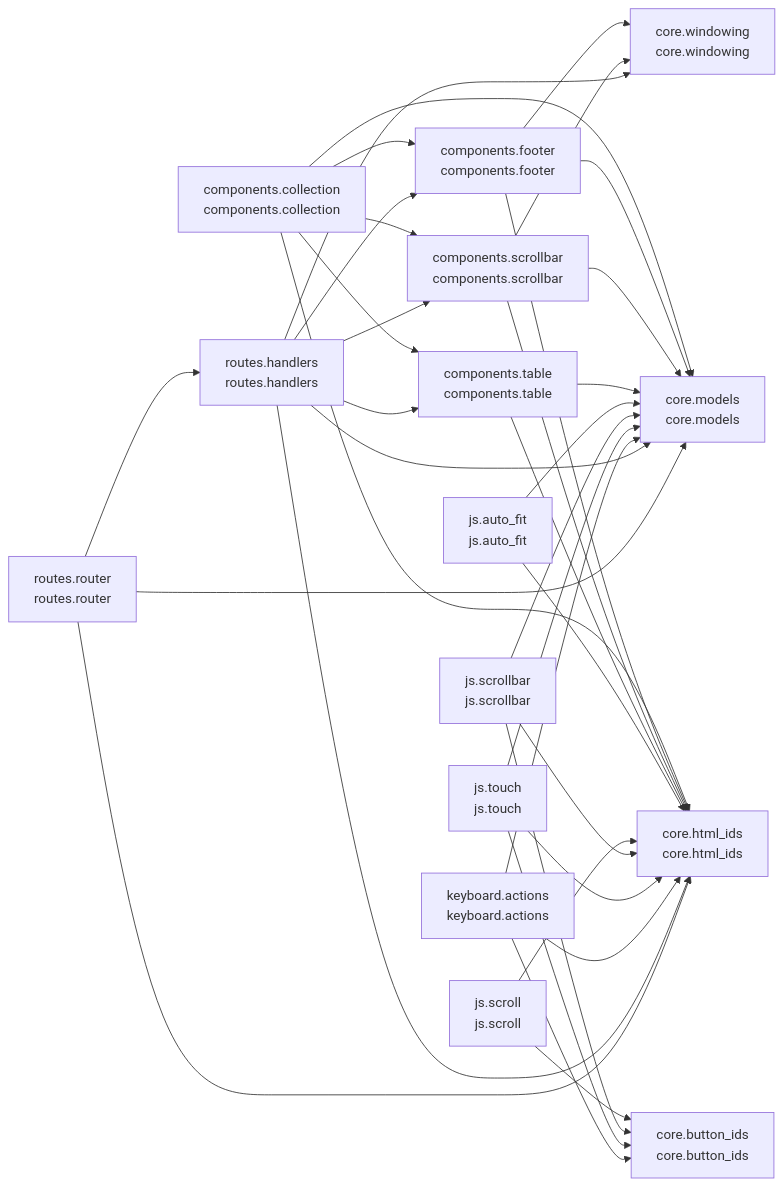
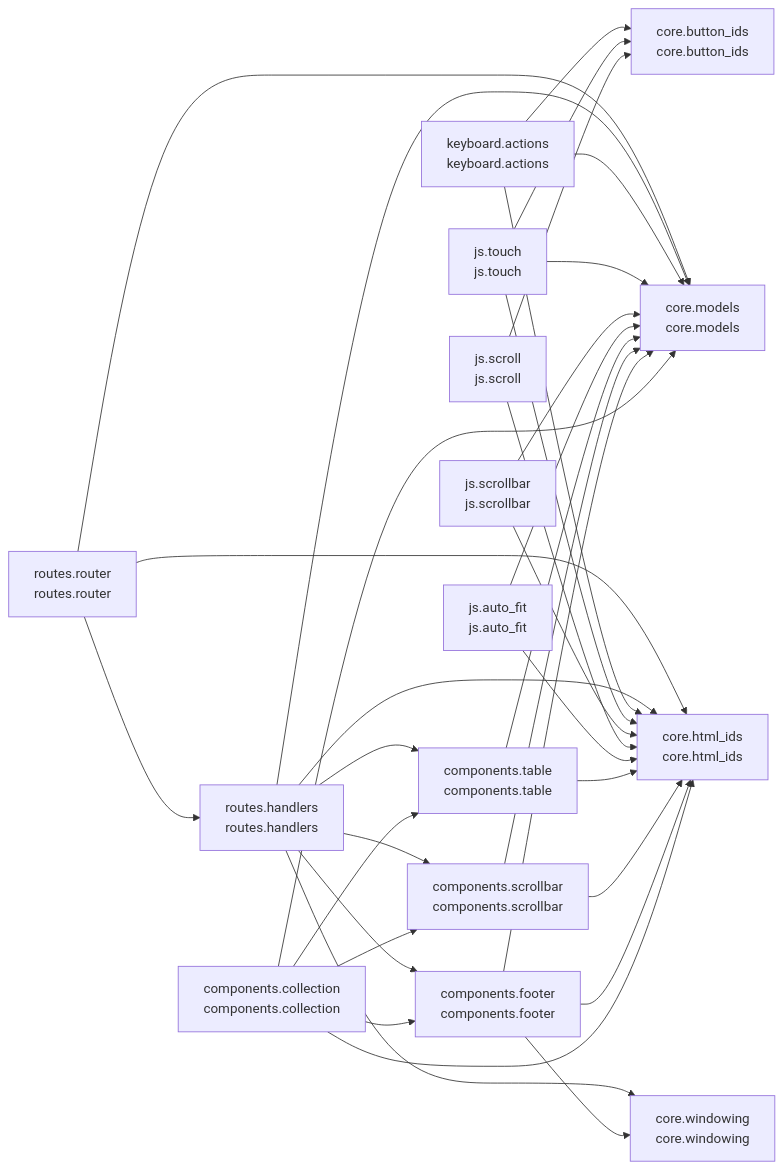
Before and after one commit to cj-mills/cjm-fasthtml-virtual-collection: the diagram in README.md, drawn with Mermaid. The commit also changed other lines of this file and 11 other files, not shown here.

````diff
--- a/README.md
+++ b/README.md
@@ -40,54 +40,52 @@
 ``` mermaid
 graph LR
     components_collection[components.collection<br/>components.collection]
     components_footer[components.footer<br/>components.footer]
     components_scrollbar[components.scrollbar<br/>components.scrollbar]
     components_table[components.table<br/>components.table]
     core_button_ids[core.button_ids<br/>core.button_ids]
     core_html_ids[core.html_ids<br/>core.html_ids]
     core_models[core.models<br/>core.models]
     core_windowing[core.windowing<br/>core.windowing]
     js_auto_fit[js.auto_fit<br/>js.auto_fit]
     js_scroll[js.scroll<br/>js.scroll]
     js_scrollbar[js.scrollbar<br/>js.scrollbar]
     js_touch[js.touch<br/>js.touch]
     keyboard_actions[keyboard.actions<br/>keyboard.actions]
     routes_handlers[routes.handlers<br/>routes.handlers]
     routes_router[routes.router<br/>routes.router]
 
-    components_collection --> components_scrollbar
     components_collection --> core_models
-    components_collection --> components_footer
     components_collection --> components_table
     components_collection --> core_html_ids
+    components_collection --> components_footer
+    components_collection --> components_scrollbar
+    components_footer --> core_models
     components_footer --> core_html_ids
     components_footer --> core_windowing
-    components_footer --> core_models
-    components_scrollbar --> core_windowing
     components_scrollbar --> core_models
     components_scrollbar --> core_html_ids
     components_table --> core_models
     components_table --> core_html_ids
     js_auto_fit --> core_models
     js_auto_fit --> core_html_ids
+    js_scroll --> core_button_ids
     js_scroll --> core_html_ids
-    js_scroll --> core_button_ids
     js_scrollbar --> core_html_ids
-    js_scrollbar --> core_button_ids
     js_scrollbar --> core_models
+    js_touch --> core_button_ids
     js_touch --> core_html_ids
-    js_touch --> core_button_ids
     js_touch --> core_models
-    keyboard_actions --> core_html_ids
     keyboard_actions --> core_button_ids
     keyboard_actions --> core_models
+    keyboard_actions --> core_html_ids
+    routes_handlers --> core_models
+    routes_handlers --> core_windowing
+    routes_handlers --> components_table
+    routes_handlers --> core_html_ids
+    routes_handlers --> components_footer
     routes_handlers --> components_scrollbar
-    routes_handlers --> core_models
-    routes_handlers --> components_table
-    routes_handlers --> core_windowing
-    routes_handlers --> components_footer
-    routes_handlers --> core_html_ids
+    routes_router --> core_models
     routes_router --> routes_handlers
-    routes_router --> core_models
     routes_router --> core_html_ids
 ```
````
